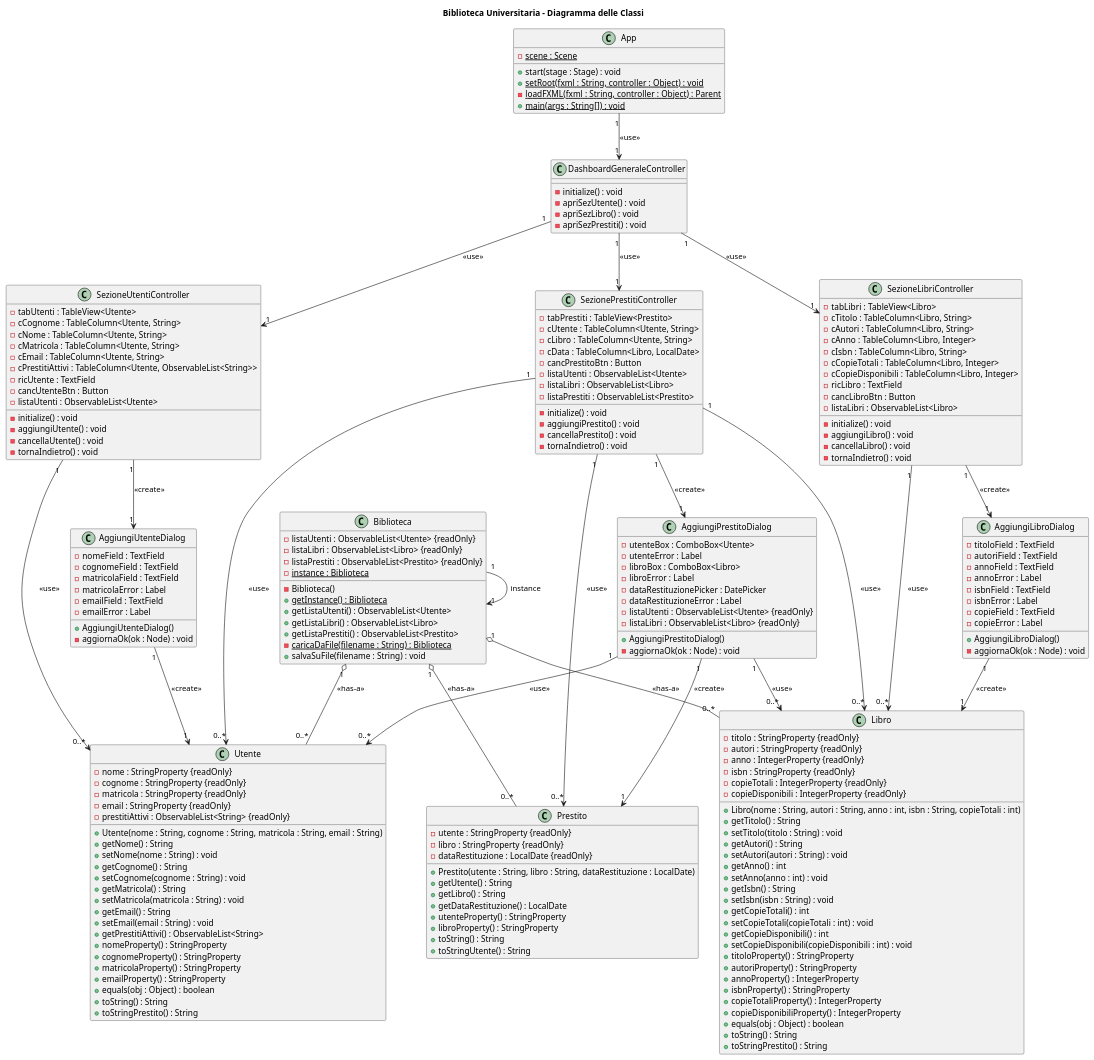
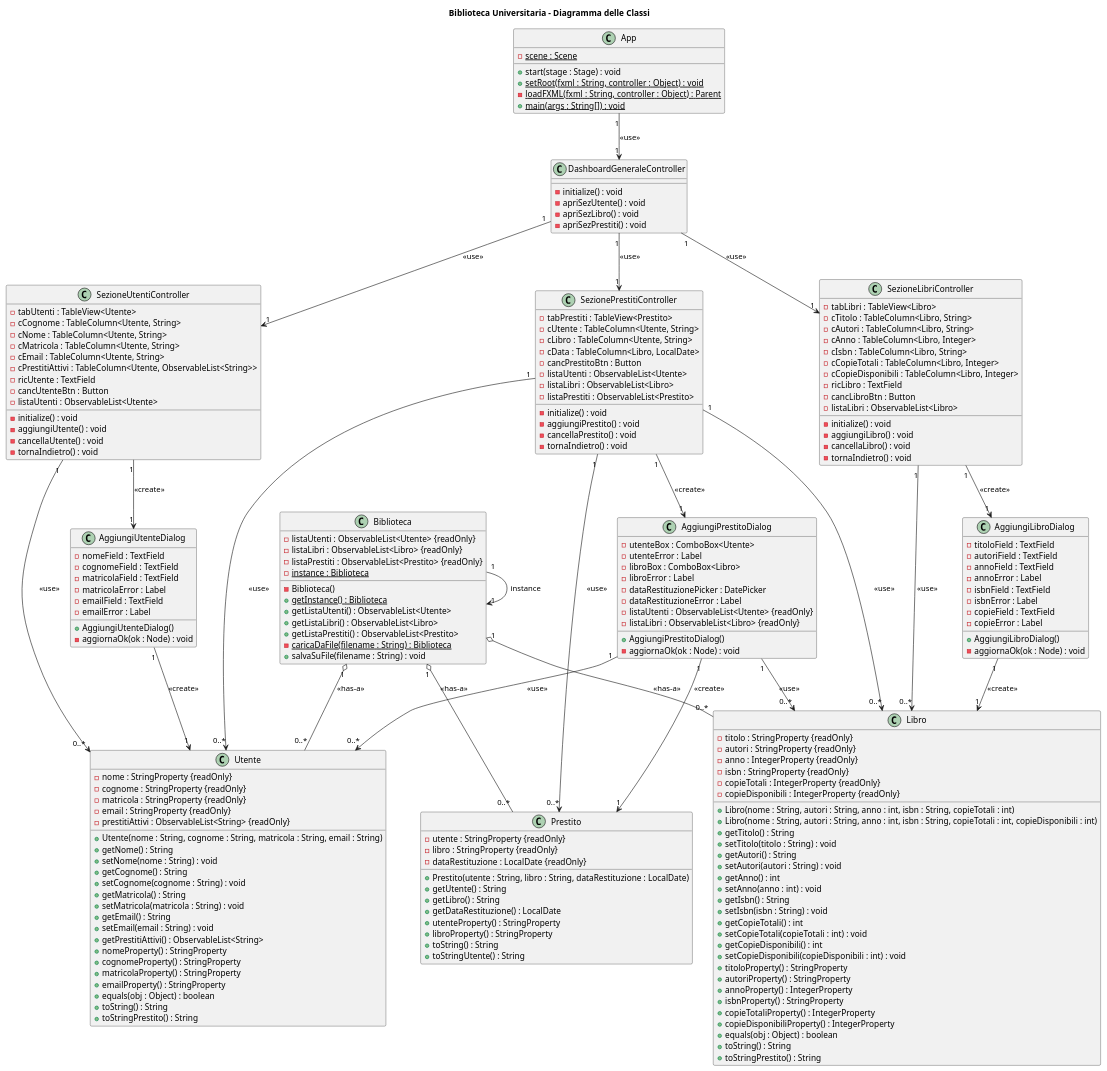
The diagram in Diagrams/Class Diagrams/PlantUML/Diagramma delle Classi.puml (AngeloMastandrea04/SoftEng2025_G19), drawn with PlantUML before and after one commit. The commit also changed 1 other file, not shown here.

Commit message:
Aggiornamento commenti Doxygen e Diagramma delle Classi su PlantUML
Aggiornamenti in seguito all'aggiunta di un secondo costruttore in Libro.

```diff
--- a/Diagrams/Class Diagrams/PlantUML/Diagramma delle Classi.puml
+++ b/Diagrams/Class Diagrams/PlantUML/Diagramma delle Classi.puml
@@ -36,6 +36,7 @@
     - copieTotali : IntegerProperty {readOnly}
     - copieDisponibili : IntegerProperty {readOnly}
     + Libro(nome : String, autori : String, anno : int, isbn : String, copieTotali : int)
+    + Libro(nome : String, autori : String, anno : int, isbn : String, copieTotali : int, copieDisponibili : int)
     + getTitolo() : String
     + setTitolo(titolo : String) : void
     + getAutori() : String
```
